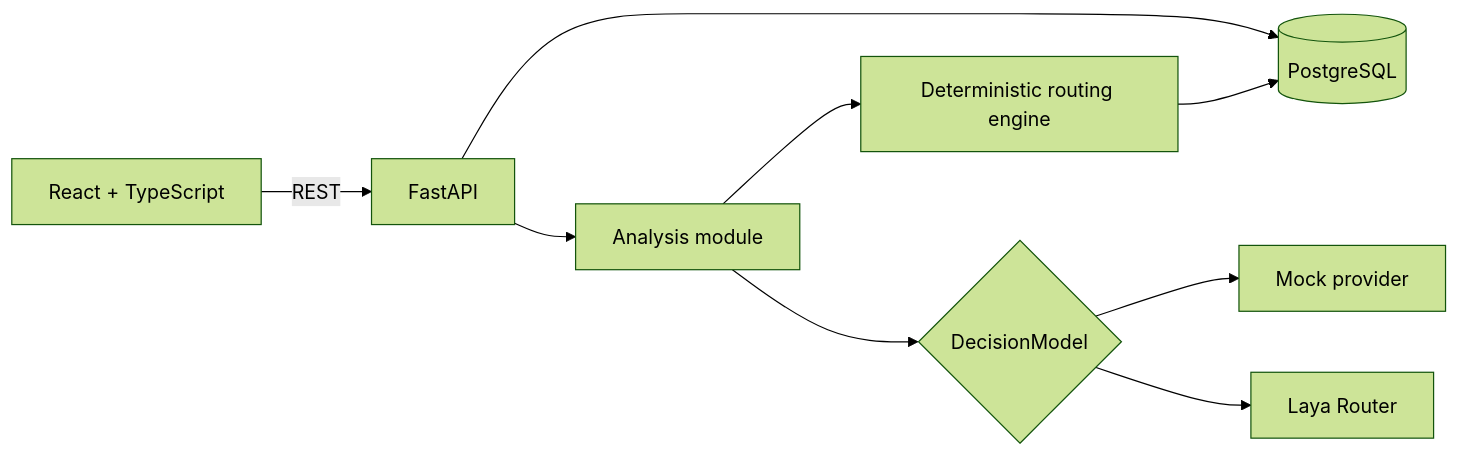
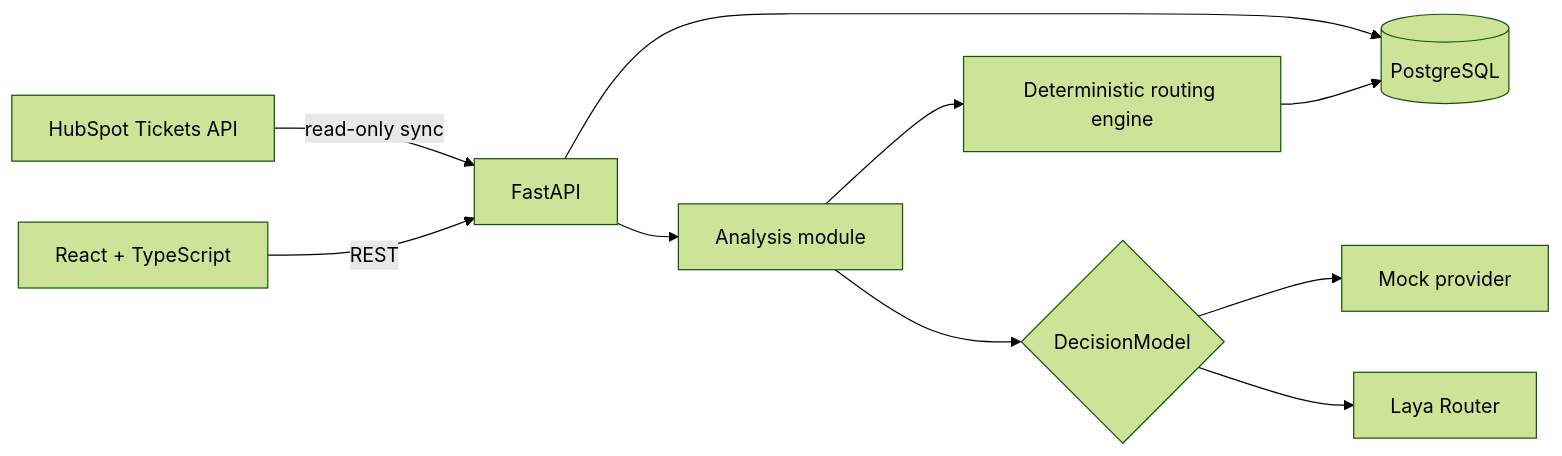
Before and after one commit to LorenzoVicino/escalate: the first of 3 diagrams in docs/architecture/overview.md, drawn with Mermaid (forest theme). The commit also changed other lines of this file and 22 other files, not shown here.

Commit message:
feat: add single-account HubSpot ticket ingestion

````diff
--- a/docs/architecture/overview.md
+++ b/docs/architecture/overview.md
@@ -5,11 +5,12 @@
 ```mermaid
 flowchart LR
+    HubSpot[HubSpot Tickets API] -->|read-only sync| API
     Web[React + TypeScript] -->|REST| API[FastAPI]
     API --> DB[(PostgreSQL)]
     API --> Analysis[Analysis module]
     Analysis --> Provider{DecisionModel}
     Provider --> Mock[Mock provider]
     Provider --> Laya[Laya Router]
     Analysis --> Rules[Deterministic routing engine]
     Rules --> DB
 ```
````
